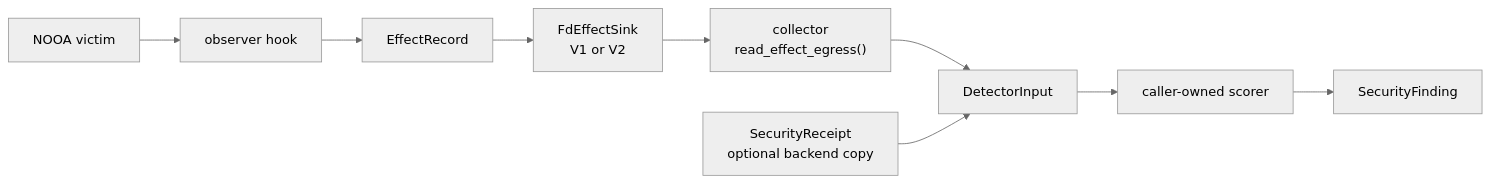
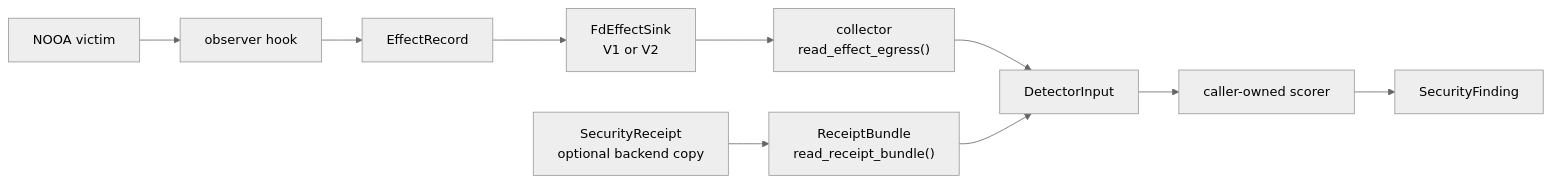
Before and after one commit to nirosen/labs-OO-Agents: the first of 3 diagrams in examples/security_hardening/SURFACE.md, drawn with Mermaid (neutral theme). The commit also changed other lines of this file and 10 other files, not shown here.

Commit message:
add receipt bundle transport gate

````diff
--- a/examples/security_hardening/SURFACE.md
+++ b/examples/security_hardening/SURFACE.md
@@ -7,11 +7,12 @@
 ```mermaid
 flowchart LR
     V["NOOA victim"] --> O["observer hook"]
     O --> E["EffectRecord"]
     E --> S["FdEffectSink<br/>V1 or V2"]
     S --> C["collector<br/>read_effect_egress()"]
     C --> G["DetectorInput"]
-    R["SecurityReceipt<br/>optional backend copy"] --> G
+    R["SecurityReceipt<br/>optional backend copy"] --> B["ReceiptBundle<br/>read_receipt_bundle()"]
+    B --> G
     G --> P["caller-owned scorer"]
     P --> F["SecurityFinding"]
 ```
````
